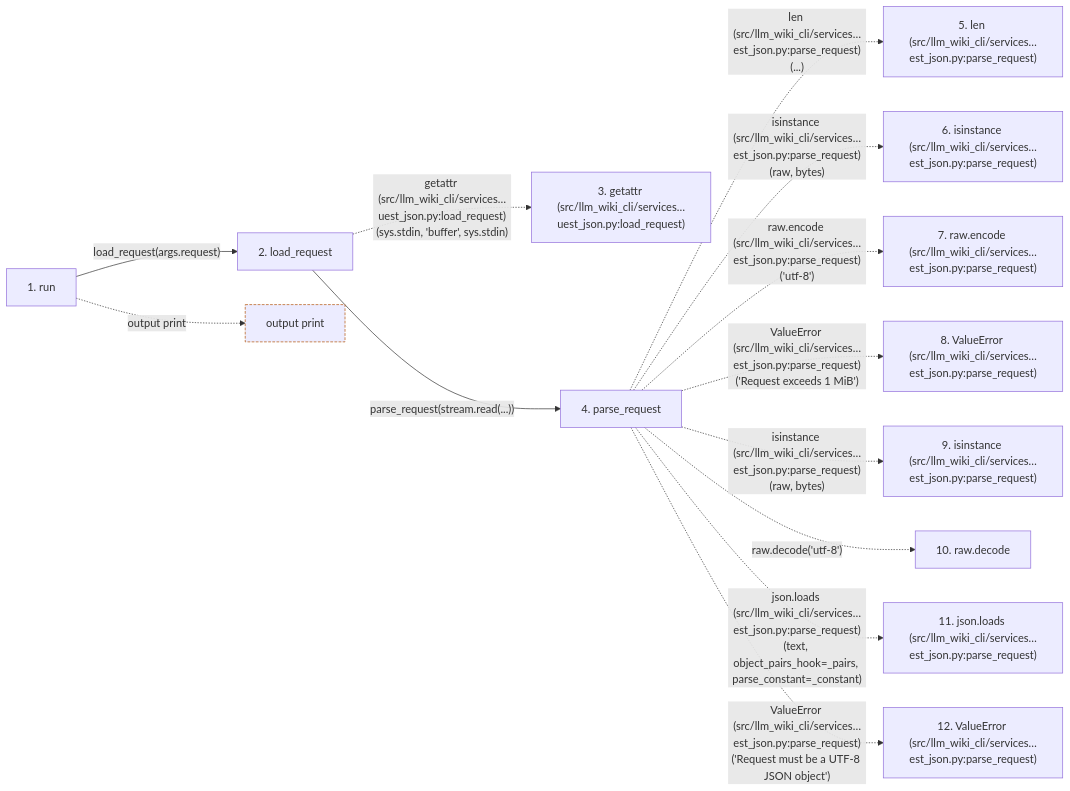
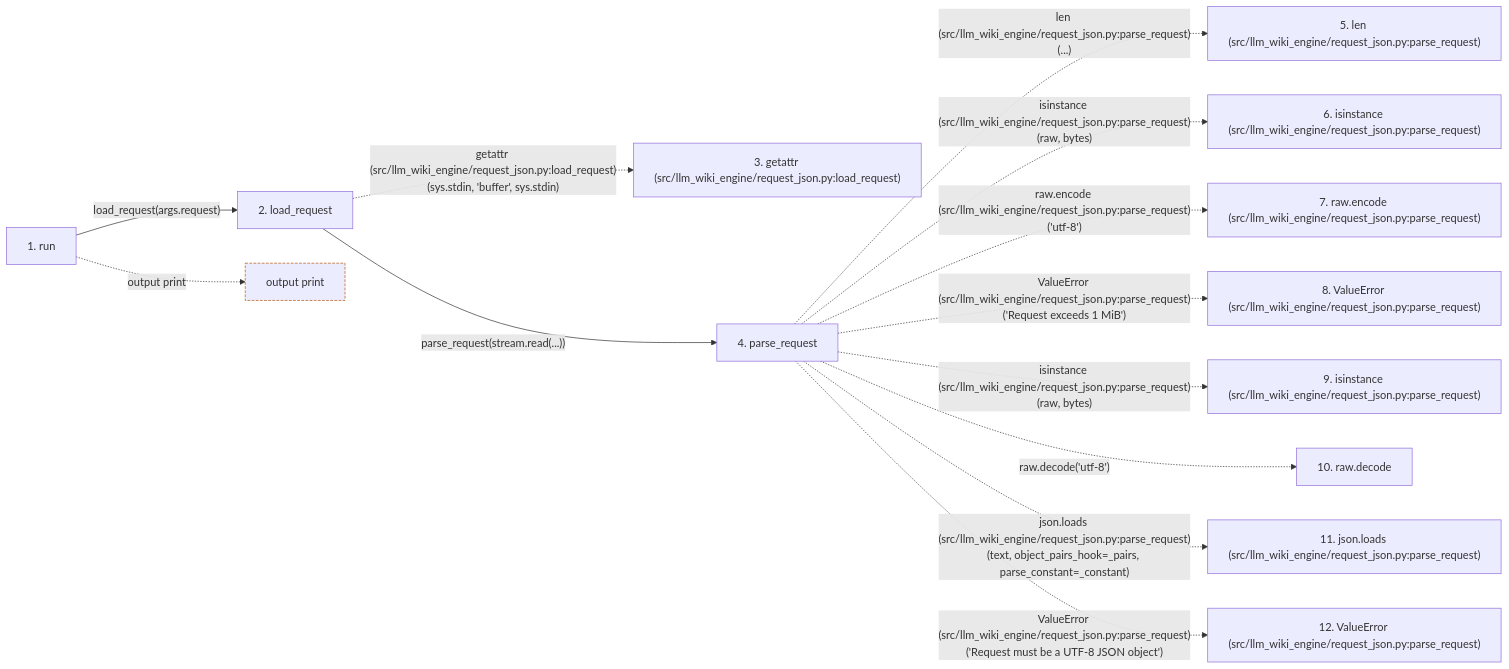
Before and after one commit to Denissvgn/python-wiki-llm: the second of 2 diagrams in docs/llm_wiki/flows/cli-query.md, drawn with Mermaid. The commit also changed other lines of this file and 1103 other files, not shown here.

First line of the commit message:
docs: refresh the wiki for the llm-wiki-engine distribution

````diff
--- a/docs/llm_wiki/flows/cli-query.md
+++ b/docs/llm_wiki/flows/cli-query.md
@@ -176,33 +176,33 @@
 ```mermaid
 flowchart LR
     s1["1. run"]
     s2["2. load_request"]
-    s3["3. getattr (src/llm_wiki_cli/services…uest_json.py:load_request)"]
+    s3["3. getattr (src/llm_wiki_engine/request_json.py:load_request)"]
     s4["4. parse_request"]
-    s5["5. len (src/llm_wiki_cli/services…est_json.py:parse_request)"]
-    s6["6. isinstance (src/llm_wiki_cli/services…est_json.py:parse_request)"]
-    s7["7. raw.encode (src/llm_wiki_cli/services…est_json.py:parse_request)"]
-    s8["8. ValueError (src/llm_wiki_cli/services…est_json.py:parse_request)"]
-    s9["9. isinstance (src/llm_wiki_cli/services…est_json.py:parse_request)"]
+    s5["5. len (src/llm_wiki_engine/request_json.py:parse_request)"]
+    s6["6. isinstance (src/llm_wiki_engine/request_json.py:parse_request)"]
+    s7["7. raw.encode (src/llm_wiki_engine/request_json.py:parse_request)"]
+    s8["8. ValueError (src/llm_wiki_engine/request_json.py:parse_request)"]
+    s9["9. isinstance (src/llm_wiki_engine/request_json.py:parse_request)"]
     s10["10. raw.decode"]
-    s11["11. json.loads (src/llm_wiki_cli/services…est_json.py:parse_request)"]
-    s12["12. ValueError (src/llm_wiki_cli/services…est_json.py:parse_request)"]
+    s11["11. json.loads (src/llm_wiki_engine/request_json.py:parse_request)"]
+    s12["12. ValueError (src/llm_wiki_engine/request_json.py:parse_request)"]
     s1 -->|"load_request(args.request)"| s2
-    s2 -. "getattr (src/llm_wiki_cli/services…uest_json.py:load_request)(sys.stdin, 'buffer', sys.stdin)" .-> s3
+    s2 -. "getattr (src/llm_wiki_engine/request_json.py:load_request)(sys.stdin, 'buffer', sys.stdin)" .-> s3
     s2 -->|"parse_request(stream.read(...))"| s4
-    s4 -. "len (src/llm_wiki_cli/services…est_json.py:parse_request)(...)" .-> s5
-    s4 -. "isinstance (src/llm_wiki_cli/services…est_json.py:parse_request)(raw, bytes)" .-> s6
-    s4 -. "raw.encode (src/llm_wiki_cli/services…est_json.py:parse_request)('utf-8')" .-> s7
-    s4 -. "ValueError (src/llm_wiki_cli/services…est_json.py:parse_request)('Request exceeds 1 MiB')" .-> s8
-    s4 -. "isinstance (src/llm_wiki_cli/services…est_json.py:parse_request)(raw, bytes)" .-> s9
+    s4 -. "len (src/llm_wiki_engine/request_json.py:parse_request)(...)" .-> s5
+    s4 -. "isinstance (src/llm_wiki_engine/request_json.py:parse_request)(raw, bytes)" .-> s6
+    s4 -. "raw.encode (src/llm_wiki_engine/request_json.py:parse_request)('utf-8')" .-> s7
+    s4 -. "ValueError (src/llm_wiki_engine/request_json.py:parse_request)('Request exceeds 1 MiB')" .-> s8
+    s4 -. "isinstance (src/llm_wiki_engine/request_json.py:parse_request)(raw, bytes)" .-> s9
     s4 -. "raw.decode('utf-8')" .-> s10
-    s4 -. "json.loads (src/llm_wiki_cli/services…est_json.py:parse_request)(text, object_pairs_hook=_pairs, parse_constant=_constant)" .-> s11
-    s4 -. "ValueError (src/llm_wiki_cli/services…est_json.py:parse_request)('Request must be a UTF-8 JSON object')" .-> s12
+    s4 -. "json.loads (src/llm_wiki_engine/request_json.py:parse_request)(text, object_pairs_hook=_pairs, parse_constant=_constant)" .-> s11
+    s4 -. "ValueError (src/llm_wiki_engine/request_json.py:parse_request)('Request must be a UTF-8 JSON object')" .-> s12
     b0["output print"]
     s1 -. "output print" .-> b0
     click s1 "../modules/query_cmd.md"
     click s2 "../modules/request_json.md"
     click s4 "../modules/request_json.md"
     classDef boundary stroke:#b45309,stroke-dasharray: 4 2
     class b0 boundary
 ```
````
